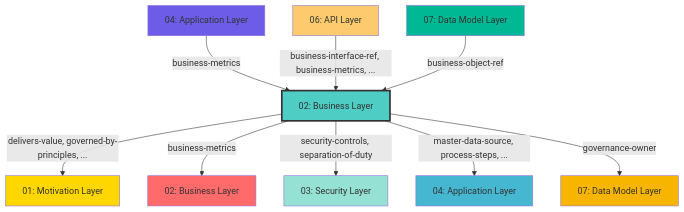
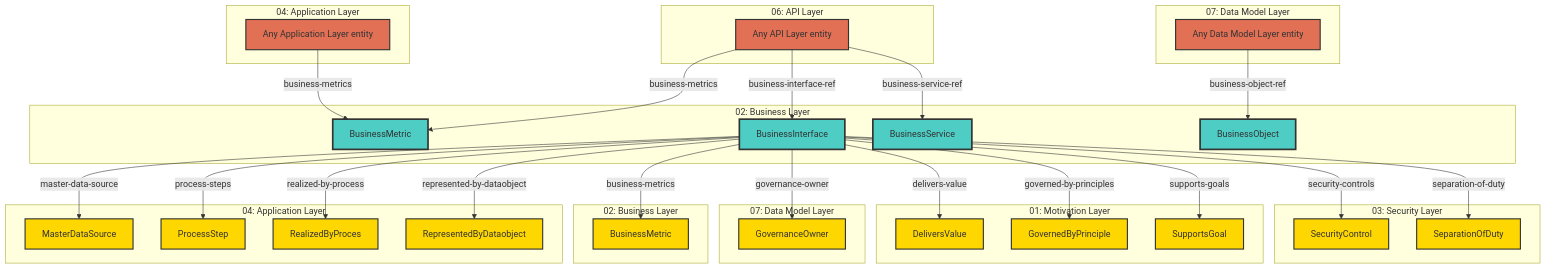
The diagram in reports/layer-docs/02-business-cross-layer-relationships.md (tinkermonkey/documentation_robotics), drawn with Mermaid before and after one commit. The commit also changed other lines of this file and 42 other files, not shown here.

Commit message:
working on cleaning up and defining inter and intra layer relationships

````diff
--- a/reports/layer-docs/02-business-cross-layer-relationships.md
+++ b/reports/layer-docs/02-business-cross-layer-relationships.md
@@ -132,33 +9,87 @@
 ```mermaid
 graph TB
-  ThisLayer["02: Business Layer"]
+  subgraph thisLayer["02: Business Layer"]
+    thisBusinessInterface["BusinessInterface"]
+    thisBusinessMetric["BusinessMetric"]
+    thisBusinessObject["BusinessObject"]
+    thisBusinessService["BusinessService"]
+  end
 
-  Target01["01: Motivation Layer"]
-  Target02["02: Business Layer"]
-  Target03["03: Security Layer"]
-  Target04["04: Application Layer"]
-  Target07["07: Data Model Layer"]
+  %% Target layers
+  subgraph target01Layer["01: Motivation Layer"]
+    target01DeliversValue["DeliversValue"]
+    target01GovernedByPrinciple["GovernedByPrinciple"]
+    target01SupportsGoal["SupportsGoal"]
+  end
+  subgraph target02Layer["02: Business Layer"]
+    target02BusinessMetric["BusinessMetric"]
+  end
+  subgraph target03Layer["03: Security Layer"]
+    target03SecurityControl["SecurityControl"]
+    target03SeparationOfDuty["SeparationOfDuty"]
+  end
+  subgraph target04Layer["04: Application Layer"]
+    target04MasterDataSource["MasterDataSource"]
+    target04ProcessStep["ProcessStep"]
+    target04RealizedByProces["RealizedByProces"]
+    target04RepresentedByDataobject["RepresentedByDataobject"]
+  end
+  subgraph target07Layer["07: Data Model Layer"]
+    target07GovernanceOwner["GovernanceOwner"]
+  end
 
-  Source04["04: Application Layer"]
-  Source06["06: API Layer"]
-  Source07["07: Data Model Layer"]
+  %% Source layers
+  subgraph source04Layer["04: Application Layer"]
+    source04Node["Any Application Layer entity"]
+  end
+  subgraph source06Layer["06: API Layer"]
+    source06Node["Any API Layer entity"]
+  end
+  subgraph source07Layer["07: Data Model Layer"]
+    source07Node["Any Data Model Layer entity"]
+  end
 
-  ThisLayer -->|delivers-value, governed-by-principles, ...| Target01
-  ThisLayer -->|business-metrics| Target02
-  ThisLayer -->|security-controls, separation-of-duty| Target03
-  ThisLayer -->|master-data-source, process-steps, ...| Target04
-  ThisLayer -->|governance-owner| Target07
-  Source04 -->|business-metrics| ThisLayer
-  Source06 -->|business-interface-ref, business-metrics, ...| ThisLayer
-  Source07 -->|business-object-ref| ThisLayer
+  %% Outgoing relationships
+  thisBusinessInterface -->|master-data-source| target04MasterDataSource
+  thisBusinessInterface -->|process-steps| target04ProcessStep
+  thisBusinessInterface -->|realized-by-process| target04RealizedByProces
+  thisBusinessInterface -->|represented-by-dataobject| target04RepresentedByDataobject
+  thisBusinessInterface -->|business-metrics| target02BusinessMetric
+  thisBusinessInterface -->|governance-owner| target07GovernanceOwner
+  thisBusinessInterface -->|delivers-value| target01DeliversValue
+  thisBusinessInterface -->|governed-by-principles| target01GovernedByPrinciple
+  thisBusinessInterface -->|supports-goals| target01SupportsGoal
+  thisBusinessInterface -->|security-controls| target03SecurityControl
+  thisBusinessInterface -->|separation-of-duty| target03SeparationOfDuty
 
-  style ThisLayer fill:#4ECDC4,stroke:#333,stroke-width:3px
-  style Target01 fill:#FFD700
-  style Target02 fill:#FF6B6B
-  style Target03 fill:#95E1D3
-  style Target04 fill:#45B7D1
-  style Target07 fill:#F8B500
-  style Source04 fill:#6C5CE7
-  style Source06 fill:#FDCB6E
-  style Source07 fill:#00B894
+  %% Incoming relationships
+  source04Node -->|business-metrics| thisBusinessMetric
+  source06Node -->|business-metrics| thisBusinessMetric
+  source06Node -->|business-interface-ref| thisBusinessInterface
+  source07Node -->|business-object-ref| thisBusinessObject
+  source06Node -->|business-service-ref| thisBusinessService
+
+  %% Styling
+  classDef thisLayerStyle fill:#4ECDC4,stroke:#333,stroke-width:3px
+  classDef targetLayerStyle fill:#FFD700,stroke:#333,stroke-width:2px
+  classDef sourceLayerStyle fill:#E17055,stroke:#333,stroke-width:2px
+
+  class thisBusinessInterface thisLayerStyle
+  class thisBusinessMetric thisLayerStyle
+  class thisBusinessObject thisLayerStyle
+  class thisBusinessService thisLayerStyle
+  class target01DeliversValue targetLayerStyle
+  class target01GovernedByPrinciple targetLayerStyle
+  class target01SupportsGoal targetLayerStyle
+  class target02BusinessMetric targetLayerStyle
+  class target03SecurityControl targetLayerStyle
+  class target03SeparationOfDuty targetLayerStyle
+  class target04MasterDataSource targetLayerStyle
+  class target04ProcessStep targetLayerStyle
+  class target04RealizedByProces targetLayerStyle
+  class target04RepresentedByDataobject targetLayerStyle
+  class target07GovernanceOwner targetLayerStyle
+  class source04Node sourceLayerStyle
+  class source06Node sourceLayerStyle
+  class source07Node sourceLayerStyle
 ```
````
